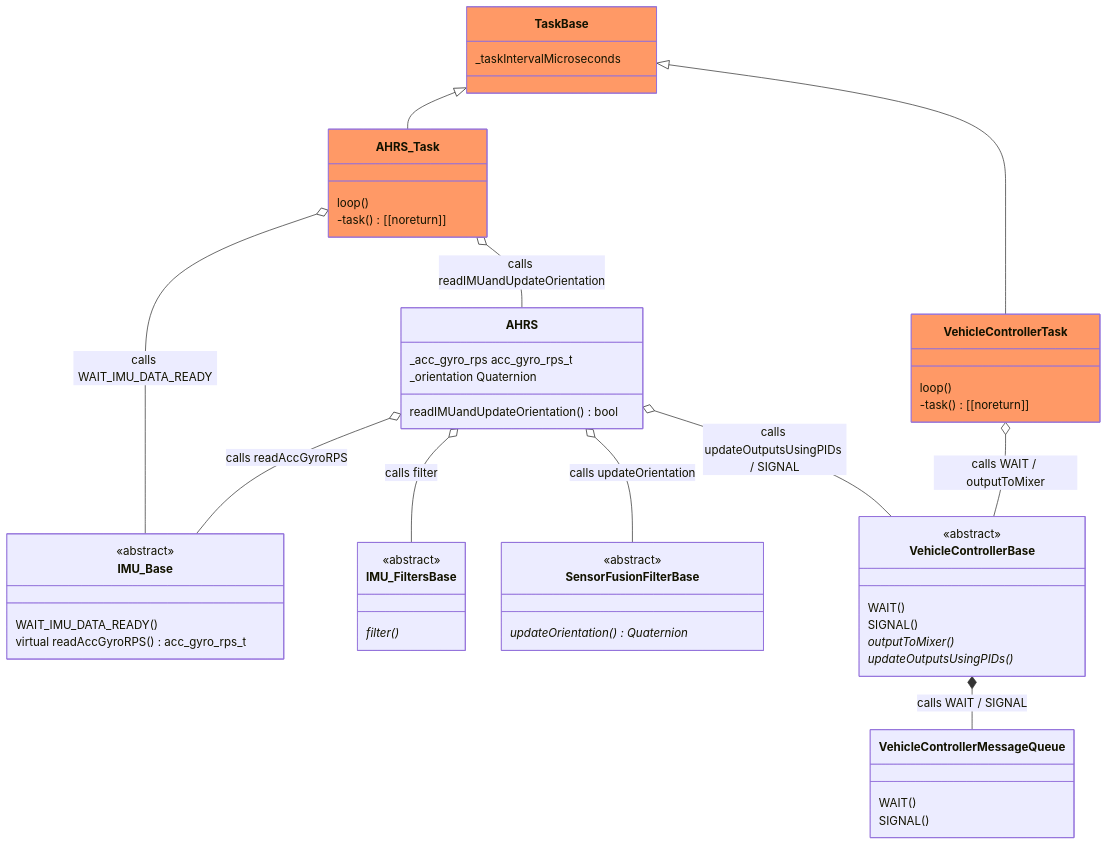
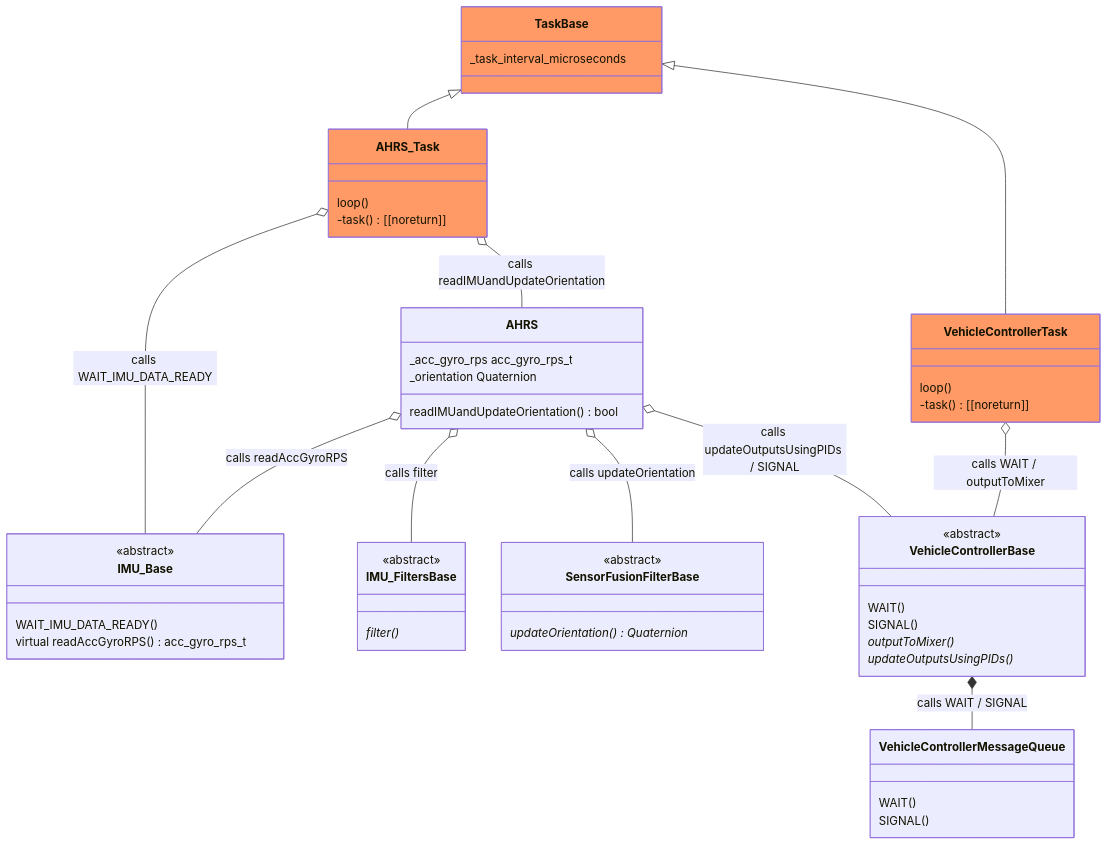
Before and after one commit to martinbudden/Library-StabilizedVehicle: the diagram in README.md, drawn with Mermaid. The commit also changed 6 other files, not shown here.

````diff
--- a/README.md
+++ b/README.md
@@ -14,73 +14,73 @@
 ```mermaid
 classDiagram
     class TaskBase:::taskClass {
-        _taskIntervalMicroseconds
+        _task_interval_microseconds
     }
     link TaskBase "https://github.com/martinbudden/Library-TaskBase/blob/main/src/TaskBase.h"
 
     TaskBase <|-- AHRS_Task
     class AHRS_Task:::taskClass {
         loop()
         -task() [[noreturn]]
     }
     link AHRS_Task "https://github.com/martinbudden/Library-StabilizedVehicle/blob/main/src/AHRS_Task.h"
     AHRS_Task o-- AHRS : calls readIMUandUpdateOrientation
     AHRS_Task o-- IMU_Base : calls WAIT_IMU_DATA_READY
 
 
     class IMU_Base {
         <<abstract>>
         WAIT_IMU_DATA_READY()
         virtual readAccGyroRPS() acc_gyro_rps_t
     }
     link IMU_Base "https://github.com/martinbudden/Library-Sensors/blob/main/src/IMU_Base.h"
 
     class IMU_FiltersBase {
         <<abstract>>
         filter() *
     }
     link IMU_FiltersBase "https://github.com/martinbudden/Library-StabilizedVehicle/blob/main/src/IMU_FiltersBase.h"
 
     class SensorFusionFilterBase {
         <<abstract>>
         updateOrientation() Quaternion *
     }
     link SensorFusionFilterBase "https://github.com/martinbudden/Library-SensorFusion/blob/main/src/sensor_fusion.h"
 
     class VehicleControllerMessageQueue {
         WAIT()
         SIGNAL()
     }
     link VehicleControllerMessageQueue "https://github.com/martinbudden/Library-StabilizedVehicle/blob/main/src/VehicleControllerMessageQueue.h"
 
     class VehicleControllerBase {
         <<abstract>>
         WAIT()
         SIGNAL()
         outputToMixer() *
         updateOutputsUsingPIDs() *
     }
     link VehicleControllerBase "https://github.com/martinbudden/Library-StabilizedVehicle/blob/main/src/VehicleControllerBase.h"
     VehicleControllerBase *-- VehicleControllerMessageQueue : calls WAIT / SIGNAL
 
     class AHRS {
         _acc_gyro_rps acc_gyro_rps_t
         _orientation Quaternion
         readIMUandUpdateOrientation() bool
     }
     link AHRS "https://github.com/martinbudden/Library-StabilizedVehicle/blob/main/src/AHRS.h"
     AHRS o-- IMU_Base : calls readAccGyroRPS
     AHRS o-- IMU_FiltersBase : calls filter
     AHRS o-- SensorFusionFilterBase : calls updateOrientation
     AHRS o-- VehicleControllerBase : calls updateOutputsUsingPIDs / SIGNAL
 
     TaskBase <|-- VehicleControllerTask
     class VehicleControllerTask:::taskClasss {
         loop()
         -task() [[noreturn]]
     }
     link VehicleControllerTask "https://github.com/martinbudden/Library-StabilizedVehicle/blob/main/src/VehicleControllerTask.h"
     VehicleControllerTask o-- VehicleControllerBase : calls WAIT / outputToMixer
 
     classDef taskClass fill:#f96
 ```
````
